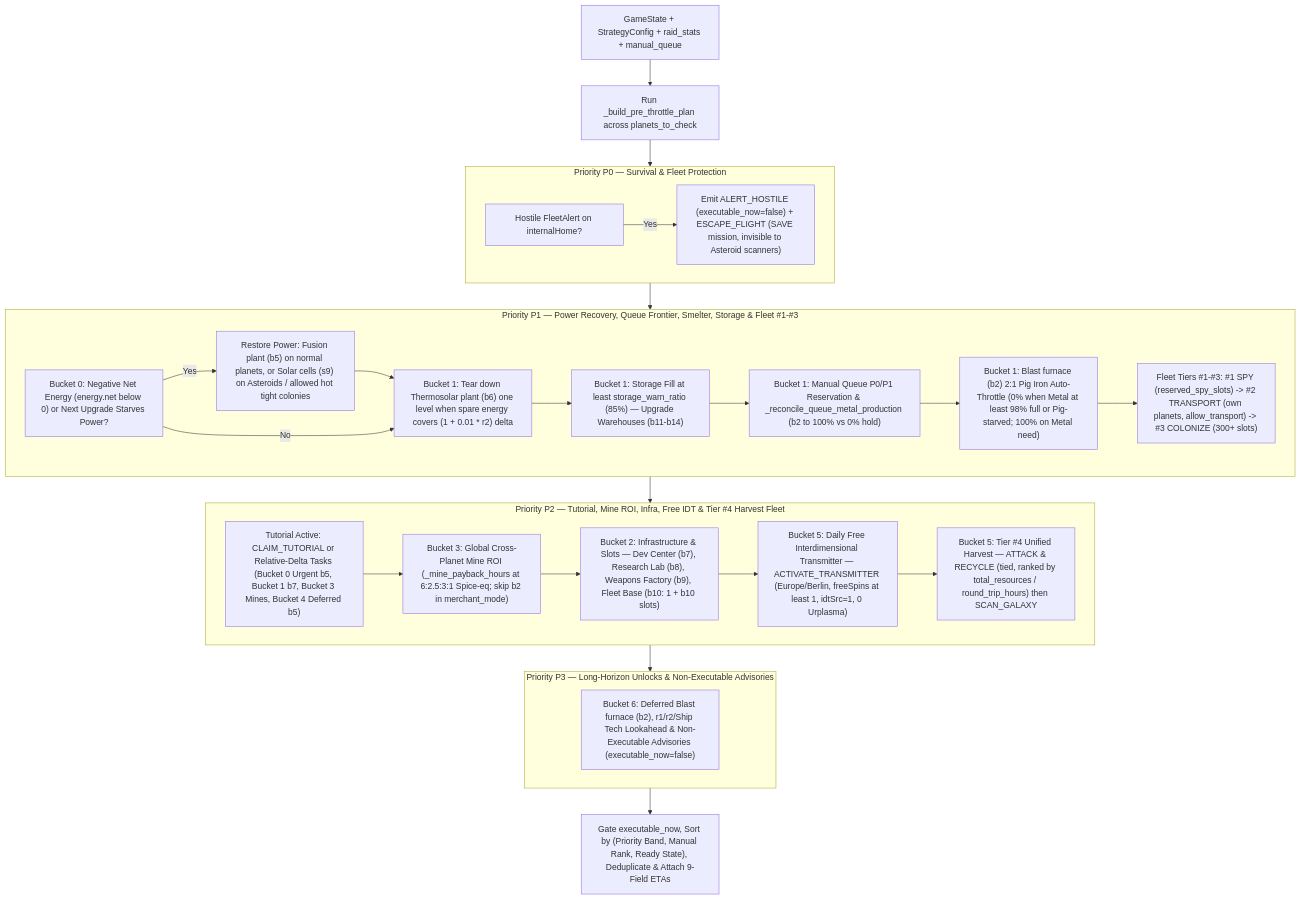
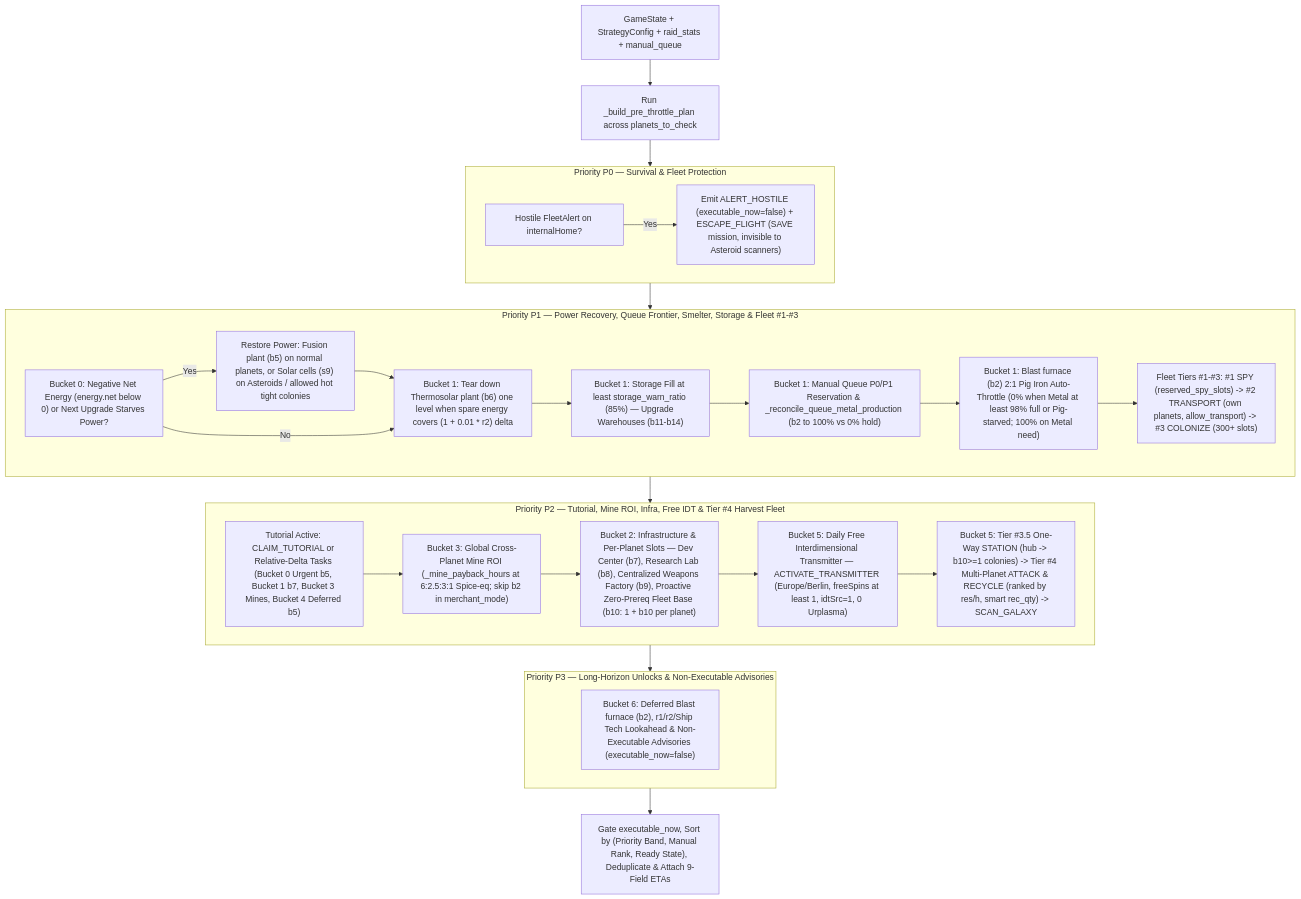
The first of 2 diagrams in docs/heuristic-strategy.md (vitorecomp/spaceinvasion-autoplayer), drawn with Mermaid before and after one commit. The commit also changed other lines of this file and 15 other files, not shown here.

Commit message:
Add per-planet fleet slots, proactive colony Fleet base, centralized initial shipyard, and one-way STATION deployment

````diff
--- a/docs/heuristic-strategy.md
+++ b/docs/heuristic-strategy.md
@@ -90,43 +90,43 @@
 ```mermaid
 flowchart TD
     Start["GameState + StrategyConfig + raid_stats + manual_queue"] --> PrePlan["Run _build_pre_throttle_plan across planets_to_check"]
 
     subgraph TierP0["Priority P0 — Survival & Fleet Protection"]
         P0Check["Hostile FleetAlert on internalHome?"]
         P0Act["Emit ALERT_HOSTILE (executable_now=false) + ESCAPE_FLIGHT (SAVE mission, invisible to Asteroid scanners)"]
         P0Check -->|"Yes"| P0Act
     end
 
     subgraph TierP1["Priority P1 — Power Recovery, Queue Frontier, Smelter, Storage & Fleet #1-#3"]
         P1Energy["Bucket 0: Negative Net Energy (energy.net below 0) or Next Upgrade Starves Power?"]
         P1Power["Restore Power: Fusion plant (b5) on normal planets, or Solar cells (s9) on Asteroids / allowed hot tight colonies"]
         P1Demolish["Bucket 1: Tear down Thermosolar plant (b6) one level when spare energy covers (1 + 0.01 * r2) delta"]
         P1Wh["Bucket 1: Storage Fill at least storage_warn_ratio (85%) — Upgrade Warehouses (b11-b14)"]
         P1Queue["Bucket 1: Manual Queue P0/P1 Reservation & _reconcile_queue_metal_production (b2 to 100% vs 0% hold)"]
         P1Throttle["Bucket 1: Blast furnace (b2) 2:1 Pig Iron Auto-Throttle (0% when Metal at least 98% full or Pig-starved; 100% on Metal need)"]
         P1Fleet["Fleet Tiers #1-#3: #1 SPY (reserved_spy_slots) -> #2 TRANSPORT (own planets, allow_transport) -> #3 COLONIZE (300+ slots)"]
         P1Energy -->|"Yes"| P1Power
         P1Power --> P1Demolish
         P1Energy -->|"No"| P1Demolish
         P1Demolish --> P1Wh --> P1Queue --> P1Throttle --> P1Fleet
     end
 
     subgraph TierP2["Priority P2 — Tutorial, Mine ROI, Infra, Free IDT & Tier #4 Harvest Fleet"]
         P2Tut["Tutorial Active: CLAIM_TUTORIAL or Relative-Delta Tasks (Bucket 0 Urgent b5, Bucket 1 b7, Bucket 3 Mines, Bucket 4 Deferred b5)"]
         P2Mines["Bucket 3: Global Cross-Planet Mine ROI (_mine_payback_hours at 6:2.5:3:1 Spice-eq; skip b2 in merchant_mode)"]
-        P2Infra["Bucket 2: Infrastructure & Slots — Dev Center (b7), Research Lab (b8), Weapons Factory (b9), Fleet Base (b10: 1 + b10 slots)"]
+        P2Infra["Bucket 2: Infrastructure & Per-Planet Slots — Dev Center (b7), Research Lab (b8), Centralized Weapons Factory (b9), Proactive Zero-Prereq Fleet Base (b10: 1 + b10 per planet)"]
         P2IDT["Bucket 5: Daily Free Interdimensional Transmitter — ACTIVATE_TRANSMITTER (Europe/Berlin, freeSpins at least 1, idtSrc=1, 0 Urplasma)"]
-        P2Fleet["Bucket 5: Tier #4 Unified Harvest — ATTACK & RECYCLE (tied, ranked by total_resources / round_trip_hours) then SCAN_GALAXY"]
+        P2Fleet["Bucket 5: Tier #3.5 One-Way STATION (hub -> b10>=1 colonies) -> Tier #4 Multi-Planet ATTACK & RECYCLE (ranked by res/h, smart rec_qty) -> SCAN_GALAXY"]
         P2Tut --> P2Mines --> P2Infra --> P2IDT --> P2Fleet
     end
 
     subgraph TierP3["Priority P3 — Long-Horizon Unlocks & Non-Executable Advisories"]
         P3Adv["Bucket 6: Deferred Blast furnace (b2), r1/r2/Ship Tech Lookahead & Non-Executable Advisories (executable_now=false)"]
     end
 
     PrePlan --> TierP0
     TierP0 --> TierP1
     TierP1 --> TierP2
     TierP2 --> TierP3
     TierP3 --> Finalize["Gate executable_now, Sort by (Priority Band, Manual Rank, Ready State), Deduplicate & Attach 9-Field ETAs"]
 ```
````
